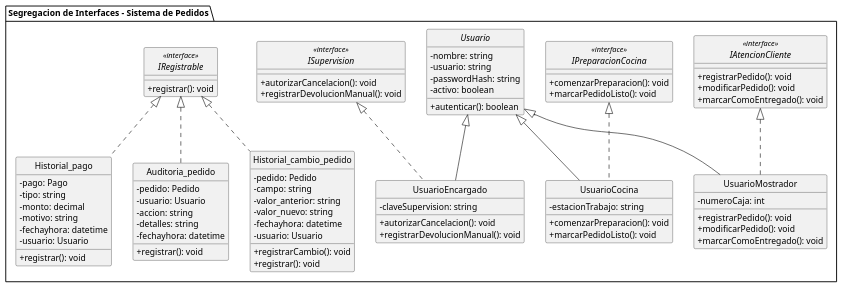
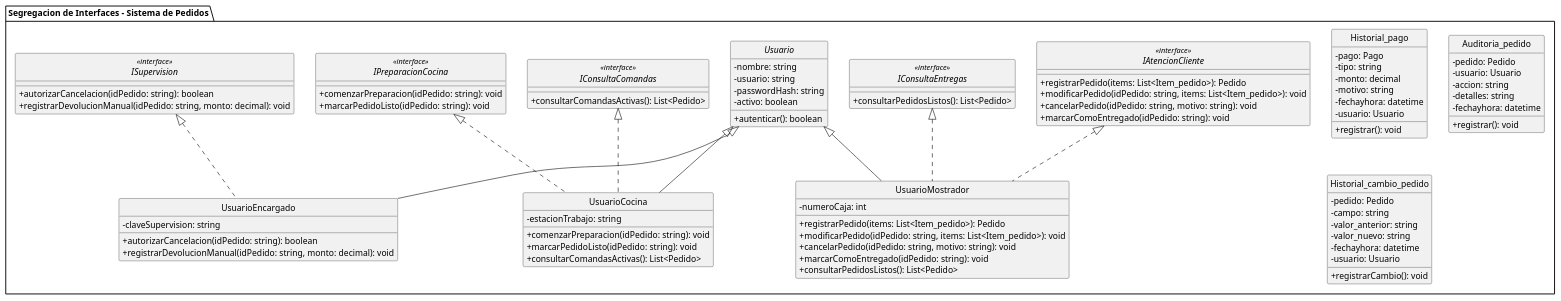
Before and after one commit to eloeyhe/SistemaPedidos: the diagram in diagramas/01-diagrama-clases/01-solid-04-isp.puml, drawn with PlantUML. The commit also changed 3 other files, not shown here.

Commit message:
fix(isp): corrige interfaces, diagrama y anexo de ISP

```diff
--- a/diagramas/01-diagrama-clases/01-solid-04-isp.puml
+++ b/diagramas/01-diagrama-clases/01-solid-04-isp.puml
@@ -1,112 +1,119 @@
 @startuml 01-solid-04-isp
 
 skinparam classAttributeIconSize 0
 skinparam style strictuml
 skinparam handwritten false
 
 package "Segregacion de Interfaces - Sistema de Pedidos" {
 
     ' ==========================================
-    ' INTERFACES SEGREGADAS (ISP)
+    ' INTERFACES SEGREGADAS (ISP) - UNA POR ROL
     ' ==========================================
     interface IAtencionCliente <<interface>> {
-        + registrarPedido(): void
-        + modificarPedido(): void
-        + marcarComoEntregado(): void
+        + registrarPedido(items: List<Item_pedido>): Pedido
+        + modificarPedido(idPedido: string, items: List<Item_pedido>): void
+        + cancelarPedido(idPedido: string, motivo: string): void
+        + marcarComoEntregado(idPedido: string): void
+    }
+
+    interface IConsultaEntregas <<interface>> {
+        + consultarPedidosListos(): List<Pedido>
     }
 
     interface IPreparacionCocina <<interface>> {
-        + comenzarPreparacion(): void
-        + marcarPedidoListo(): void
+        + comenzarPreparacion(idPedido: string): void
+        + marcarPedidoListo(idPedido: string): void
+    }
+
+    interface IConsultaComandas <<interface>> {
+        + consultarComandasActivas(): List<Pedido>
     }
 
     interface ISupervision <<interface>> {
-        + autorizarCancelacion(): void
-        + registrarDevolucionManual(): void
-    }
-
-    interface IRegistrable <<interface>> {
-        + registrar(): void
+        + autorizarCancelacion(idPedido: string): boolean
+        + registrarDevolucionManual(idPedido: string, monto: decimal): void
     }
 
     ' ==========================================
     ' CLASES BASE / ABSTRACTAS
     ' ==========================================
     abstract class Usuario {
         - nombre: string
         - usuario: string
         - passwordHash: string
         - activo: boolean
         + autenticar(): boolean
     }
 
     ' ==========================================
     ' IMPLEMENTACIÓN DE INTERFACES EN USUARIOS
     ' ==========================================
     class UsuarioMostrador {
         - numeroCaja: int
-        + registrarPedido(): void
-        + modificarPedido(): void
-        + marcarComoEntregado(): void
+        + registrarPedido(items: List<Item_pedido>): Pedido
+        + modificarPedido(idPedido: string, items: List<Item_pedido>): void
+        + cancelarPedido(idPedido: string, motivo: string): void
+        + marcarComoEntregado(idPedido: string): void
+        + consultarPedidosListos(): List<Pedido>
     }
 
     class UsuarioCocina {
         - estacionTrabajo: string
-        + comenzarPreparacion(): void
-        + marcarPedidoListo(): void
+        + comenzarPreparacion(idPedido: string): void
+        + marcarPedidoListo(idPedido: string): void
+        + consultarComandasActivas(): List<Pedido>
     }
 
     class UsuarioEncargado {
         - claveSupervision: string
-        + autorizarCancelacion(): void
-        + registrarDevolucionManual(): void
+        + autorizarCancelacion(idPedido: string): boolean
+        + registrarDevolucionManual(idPedido: string, monto: decimal): void
     }
 
     Usuario <|-- UsuarioMostrador
     Usuario <|-- UsuarioCocina
     Usuario <|-- UsuarioEncargado
 
     IAtencionCliente <|.. UsuarioMostrador
+    IConsultaEntregas <|.. UsuarioMostrador
     IPreparacionCocina <|.. UsuarioCocina
+    IConsultaComandas <|.. UsuarioCocina
     ISupervision <|.. UsuarioEncargado
 
     ' ==========================================
     ' REGISTROS / HISTORIALES
+    ' Sin interfaz comun: registran hechos distintos y ningun
+    ' componente los consume de forma polimorfica.
     ' ==========================================
     class Historial_pago {
         - pago: Pago
         - tipo: string
         - monto: decimal
         - motivo: string
         - fechayhora: datetime
         - usuario: Usuario
         + registrar(): void
     }
 
     class Auditoria_pedido {
         - pedido: Pedido
         - usuario: Usuario
         - accion: string
         - detalles: string
         - fechayhora: datetime
         + registrar(): void
     }
 
     class Historial_cambio_pedido {
         - pedido: Pedido
         - campo: string
         - valor_anterior: string
         - valor_nuevo: string
         - fechayhora: datetime
         - usuario: Usuario
         + registrarCambio(): void
-        + registrar(): void
     }
-
-    IRegistrable <|.. Historial_pago
-    IRegistrable <|.. Auditoria_pedido
-    IRegistrable <|.. Historial_cambio_pedido
 
 }
 
 @enduml
```
